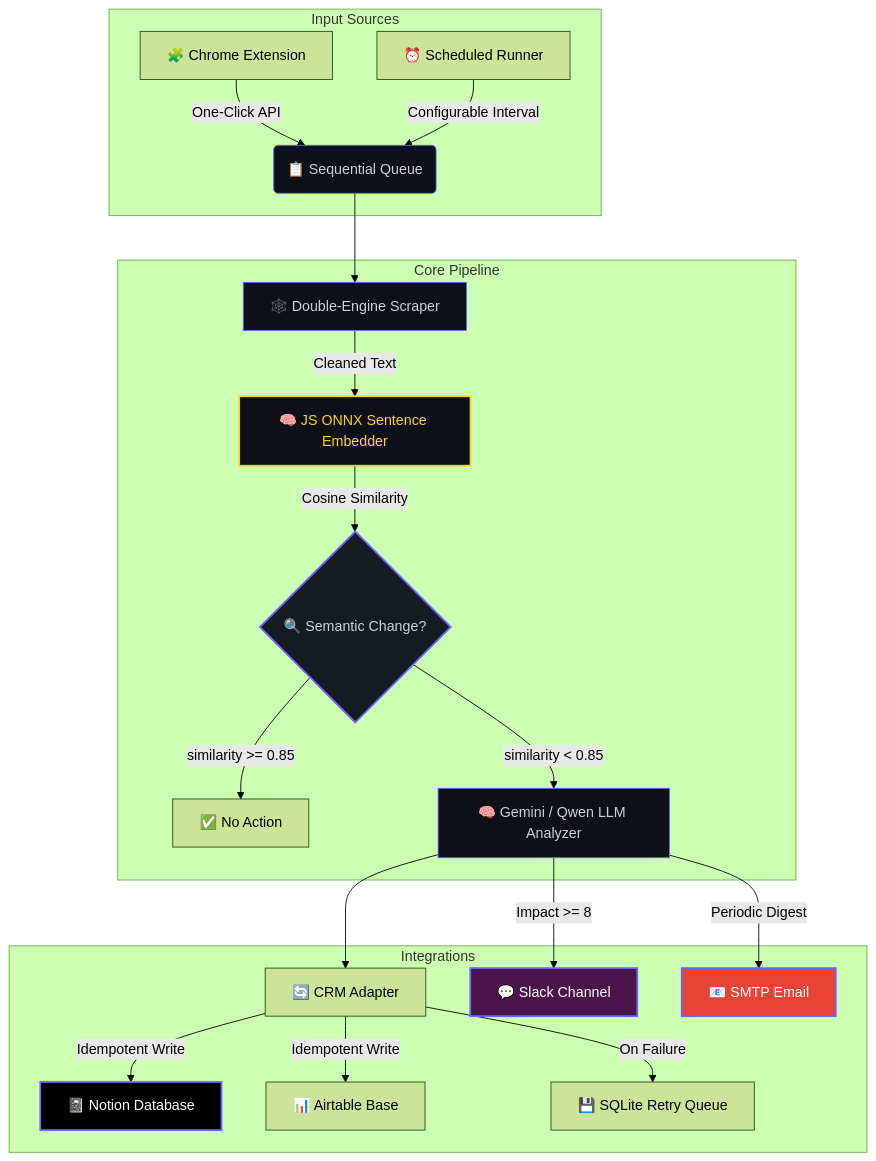
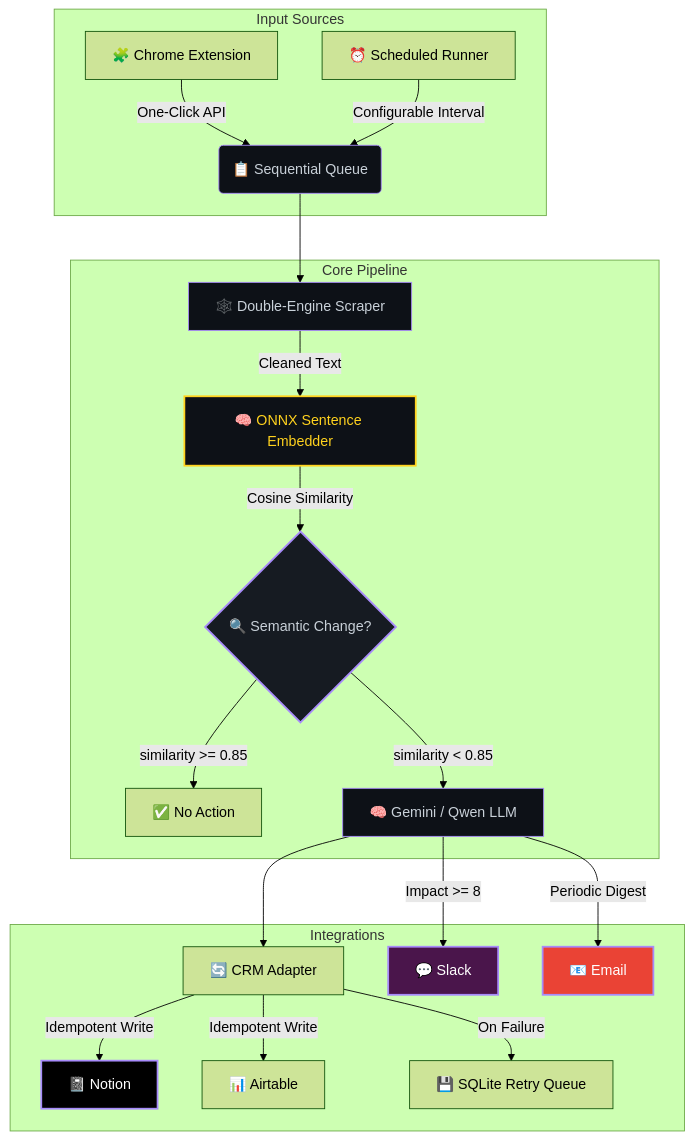
One commit to NitheshK4/MIRA changed the first of 2 diagrams in README.md. Above: the diagram before and after it, drawn with Mermaid (forest theme). The commit also changed other lines of this file, not shown here.

````diff
--- a/README.md
+++ b/README.md
@@ -93,33 +135,33 @@
 ```mermaid
 graph TD
     subgraph Input Sources
         A["🧩 Chrome Extension"] -->|"One-Click API"| B("📋 Sequential Queue")
         C["⏰ Scheduled Runner"] -->|"Configurable Interval"| B
     end
 
     subgraph Core Pipeline
         B --> D["🕸️ Double-Engine Scraper"]
-        D -->|"Cleaned Text"| E["🧠 JS ONNX Sentence Embedder"]
+        D -->|"Cleaned Text"| E["🧠 ONNX Sentence Embedder"]
         E -->|"Cosine Similarity"| F{"🔍 Semantic Change?"}
         F -->|"similarity >= 0.85"| G["✅ No Action"]
-        F -->|"similarity < 0.85"| H["🧠 Gemini / Qwen LLM Analyzer"]
+        F -->|"similarity < 0.85"| H["🧠 Gemini / Qwen LLM"]
     end
 
     subgraph Integrations
         H --> J["🔄 CRM Adapter"]
-        J -->|"Idempotent Write"| K["📓 Notion Database"]
-        J -->|"Idempotent Write"| L["📊 Airtable Base"]
+        J -->|"Idempotent Write"| K["📓 Notion"]
+        J -->|"Idempotent Write"| L["📊 Airtable"]
         J -->|"On Failure"| M["💾 SQLite Retry Queue"]
-        H -->|"Impact >= 8"| N["💬 Slack Channel"]
-        H -->|"Periodic Digest"| O["📧 SMTP Email"]
+        H -->|"Impact >= 8"| N["💬 Slack"]
+        H -->|"Periodic Digest"| O["📧 Email"]
     end
 
-    style K fill:#000000,stroke:#6C63FF,stroke-width:2px,color:#fff
-    style N fill:#4A154B,stroke:#6C63FF,stroke-width:2px,color:#fff
-    style O fill:#EA4335,stroke:#6C63FF,stroke-width:2px,color:#fff
-    style B fill:#0d1117,stroke:#6C63FF,stroke-width:1px,color:#c9d1d9
-    style D fill:#0d1117,stroke:#6C63FF,stroke-width:1px,color:#c9d1d9
+    style K fill:#000000,stroke:#A78BFA,stroke-width:2px,color:#fff
+    style N fill:#4A154B,stroke:#A78BFA,stroke-width:2px,color:#fff
+    style O fill:#EA4335,stroke:#A78BFA,stroke-width:2px,color:#fff
+    style B fill:#0d1117,stroke:#A78BFA,stroke-width:1px,color:#c9d1d9
+    style D fill:#0d1117,stroke:#A78BFA,stroke-width:1px,color:#c9d1d9
     style E fill:#0d1117,stroke:#FFD21E,stroke-width:2px,color:#FFD21E
-    style H fill:#0d1117,stroke:#6C63FF,stroke-width:1px,color:#c9d1d9
-    style F fill:#161b22,stroke:#6C63FF,stroke-width:2px,color:#c9d1d9
+    style H fill:#0d1117,stroke:#A78BFA,stroke-width:1px,color:#c9d1d9
+    style F fill:#161b22,stroke:#A78BFA,stroke-width:2px,color:#c9d1d9
 ```
````
